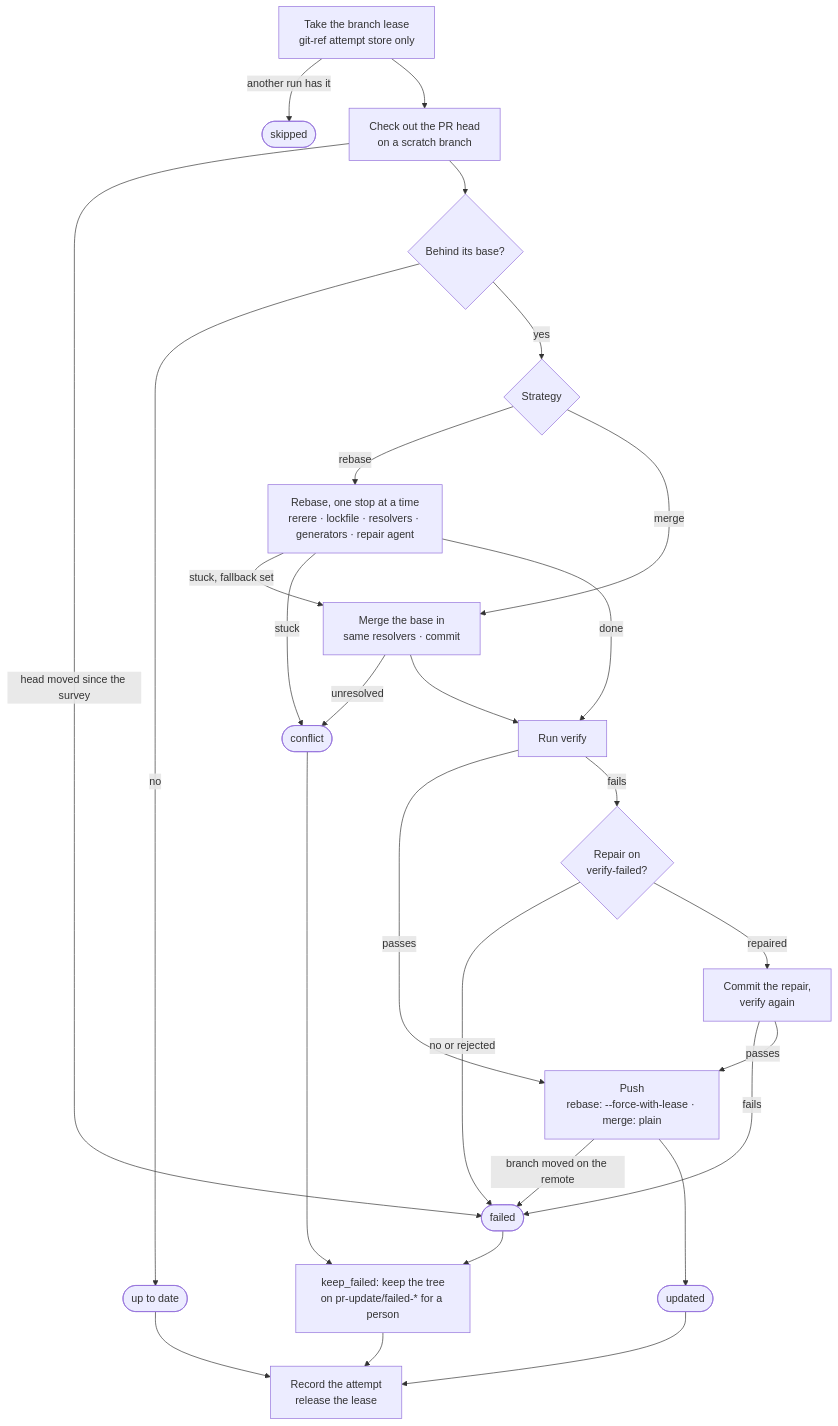
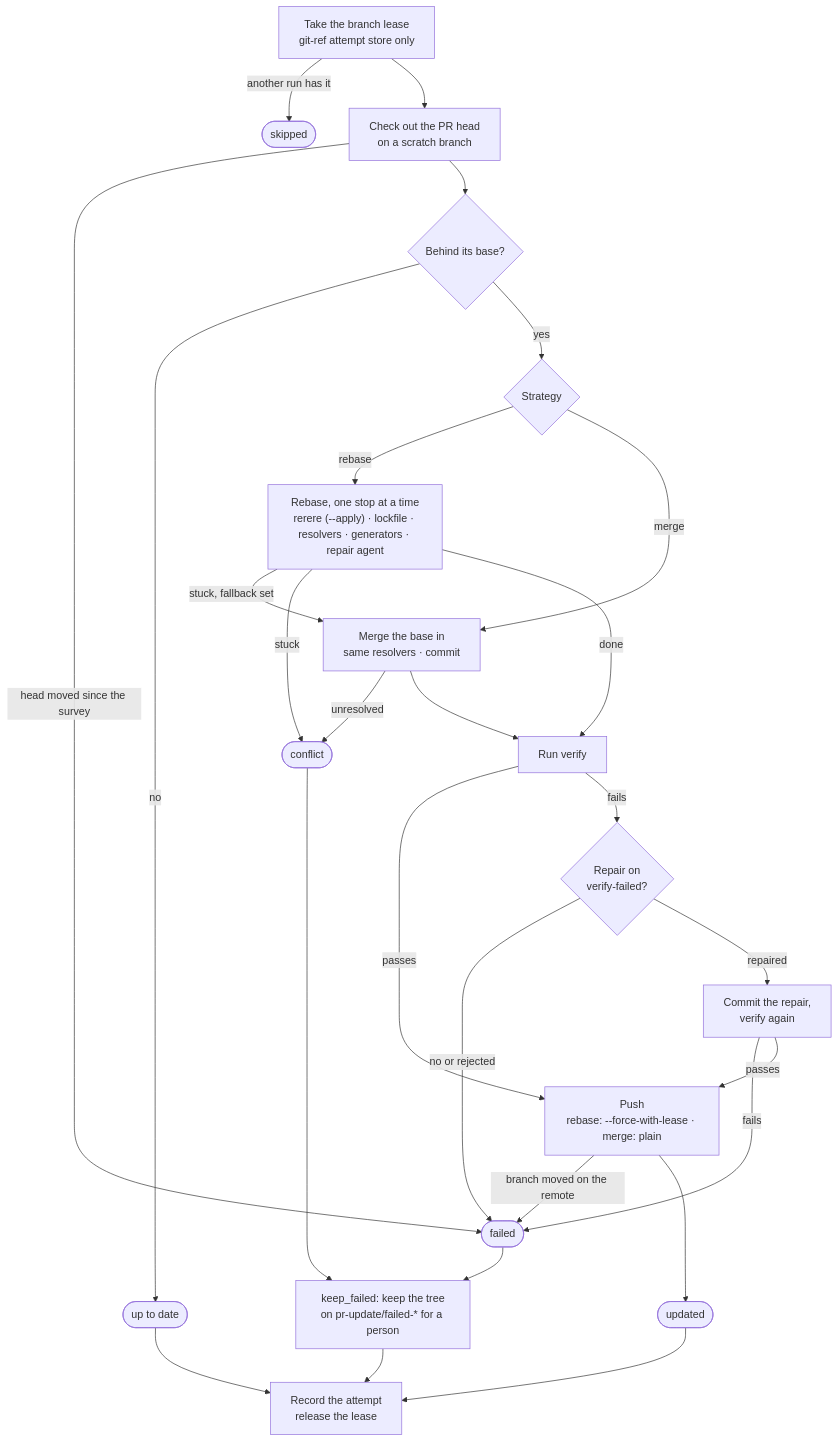
Before and after one commit to osdlc/osdlc: the second of 2 diagrams in packages/ts/pr-update/docs/architecture.md, drawn with Mermaid. The commit also changed other lines of this file, not shown here.

Commit message:
docs(pr-update): architecture.md marks known problems 15 to 19 fixed, and says what a rehearsal does

````diff
--- a/packages/ts/pr-update/docs/architecture.md
+++ b/packages/ts/pr-update/docs/architecture.md
@@ -69,29 +70,29 @@
 ```mermaid
 flowchart TD
   lease["Take the branch lease<br/>git-ref attempt store only"] -->|another run has it| s1(["skipped"])
   lease --> co["Check out the PR head<br/>on a scratch branch"]
   co -->|head moved since the survey| f(["failed"])
   co --> bh{"Behind its base?"}
   bh -->|no| up(["up to date"])
   bh -->|yes| st{"Strategy"}
-  st -->|rebase| rb["Rebase, one stop at a time<br/>rerere · lockfile · resolvers · generators · repair agent"]
+  st -->|rebase| rb["Rebase, one stop at a time<br/>rerere (--apply) · lockfile · resolvers · generators · repair agent"]
   rb -->|stuck, fallback set| mg
   rb -->|stuck| cf(["conflict"])
   st -->|merge| mg["Merge the base in<br/>same resolvers · commit"]
   mg -->|unresolved| cf
   rb -->|done| v
   mg --> v["Run verify"]
   v -->|passes| push["Push<br/>rebase: --force-with-lease · merge: plain"]
   v -->|fails| rp{"Repair on<br/>verify-failed?"}
   rp -->|no or rejected| f
   rp -->|repaired| v2["Commit the repair,<br/>verify again"]
   v2 -->|fails| f
   v2 -->|passes| push
   push -->|branch moved on the remote| f
   push --> upd(["updated"])
   f --> keep["keep_failed: keep the tree<br/>on pr-update/failed-* for a person"]
   cf --> keep
   upd --> rec["Record the attempt<br/>release the lease"]
   up --> rec
   keep --> rec
 ```
````
